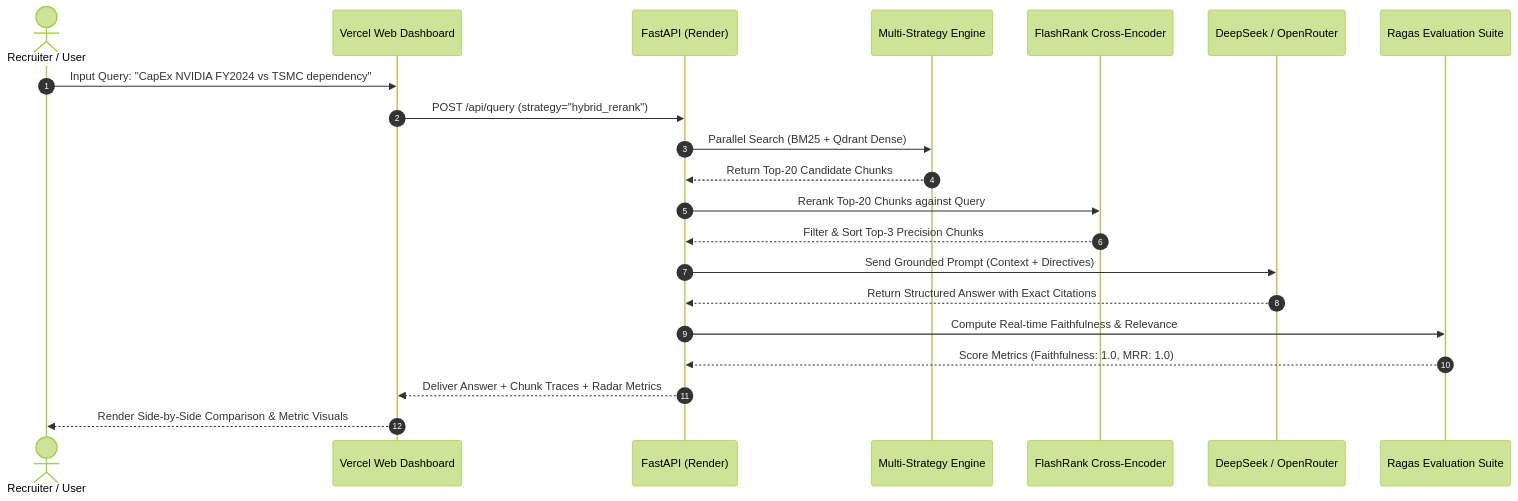
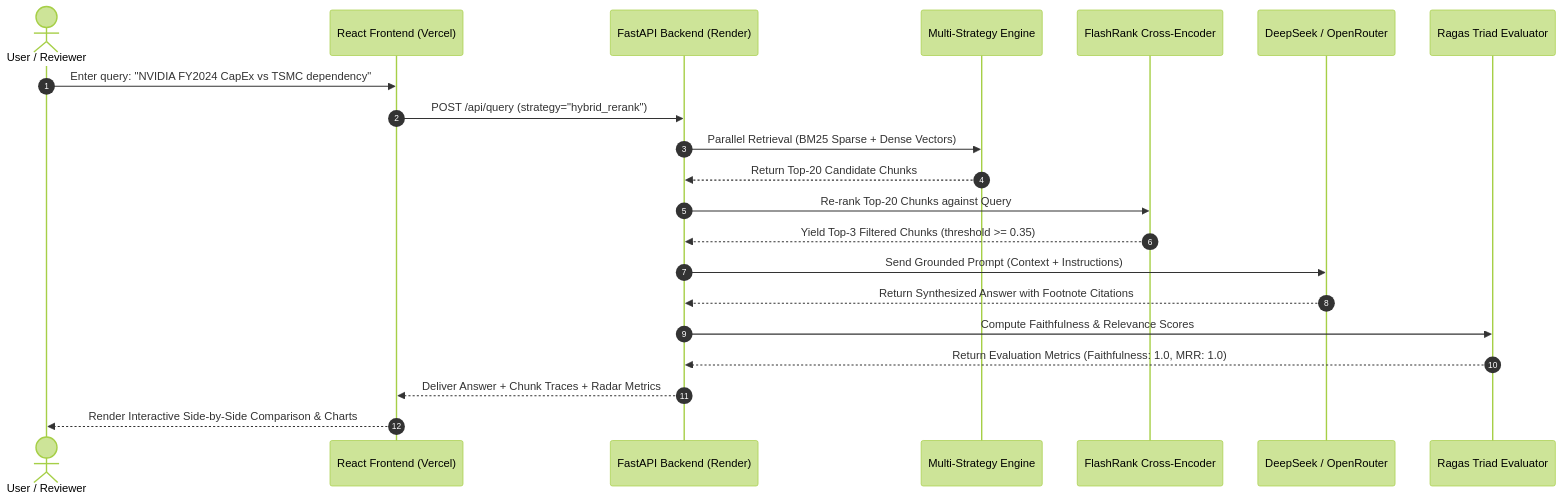
The second of 2 diagrams in README.md (MuhZainur/ragops-benchmark), drawn with Mermaid (forest theme) before and after one commit. The commit also changed other lines of this file, not shown here.

````diff
--- a/README.md
+++ b/README.md
@@ -226,24 +175,24 @@
 ```mermaid
 sequenceDiagram
     autonumber
-    actor Recruiter as Recruiter / User
-    participant UI as Vercel Web Dashboard
-    participant API as FastAPI (Render)
-    participant Retriever as Multi-Strategy Engine
+    actor User as User / Reviewer
+    participant UI as React Frontend (Vercel)
+    participant API as FastAPI Backend (Render)
+    participant Engine as Multi-Strategy Engine
     participant FlashRank as FlashRank Cross-Encoder
     participant LLM as DeepSeek / OpenRouter
-    participant Evaluator as Ragas Evaluation Suite
+    participant Eval as Ragas Triad Evaluator
 
-    Recruiter->>UI: Input Query: "CapEx NVIDIA FY2024 vs TSMC dependency"
+    User->>UI: Enter query: "NVIDIA FY2024 CapEx vs TSMC dependency"
     UI->>API: POST /api/query (strategy="hybrid_rerank")
-    API->>Retriever: Parallel Search (BM25 + Qdrant Dense)
-    Retriever-->>API: Return Top-20 Candidate Chunks
-    API->>FlashRank: Rerank Top-20 Chunks against Query
-    FlashRank-->>API: Filter & Sort Top-3 Precision Chunks
-    API->>LLM: Send Grounded Prompt (Context + Directives)
-    LLM-->>API: Return Structured Answer with Exact Citations
-    API->>Evaluator: Compute Real-time Faithfulness & Relevance
-    Evaluator-->>API: Score Metrics (Faithfulness: 1.0, MRR: 1.0)
+    API->>Engine: Parallel Retrieval (BM25 Sparse + Dense Vectors)
+    Engine-->>API: Return Top-20 Candidate Chunks
+    API->>FlashRank: Re-rank Top-20 Chunks against Query
+    FlashRank-->>API: Yield Top-3 Filtered Chunks (threshold >= 0.35)
+    API->>LLM: Send Grounded Prompt (Context + Instructions)
+    LLM-->>API: Return Synthesized Answer with Footnote Citations
+    API->>Eval: Compute Faithfulness & Relevance Scores
+    Eval-->>API: Return Evaluation Metrics (Faithfulness: 1.0, MRR: 1.0)
     API-->>UI: Deliver Answer + Chunk Traces + Radar Metrics
-    UI-->>Recruiter: Render Side-by-Side Comparison & Metric Visuals
+    UI-->>User: Render Interactive Side-by-Side Comparison & Charts
 ```
````
